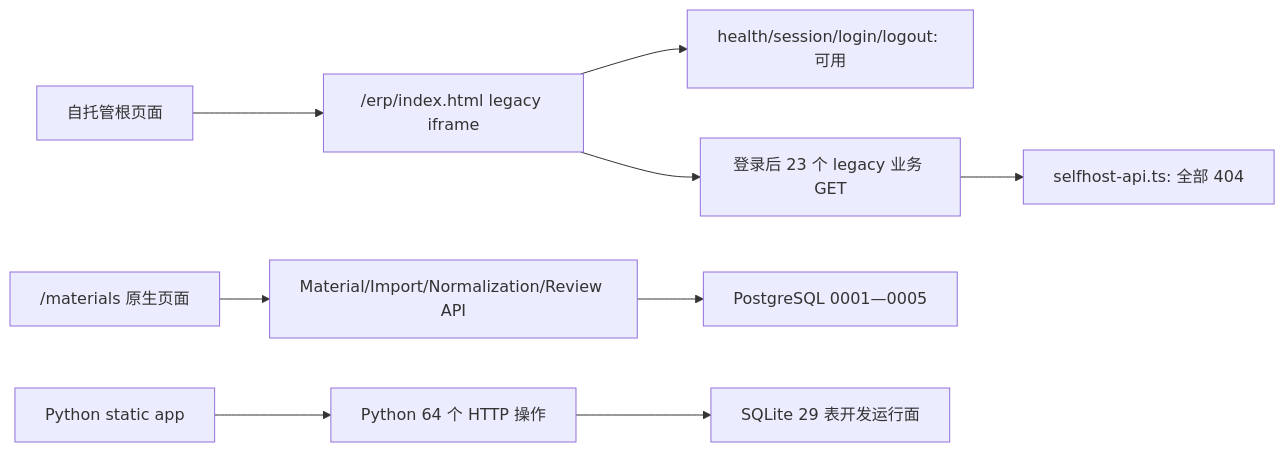
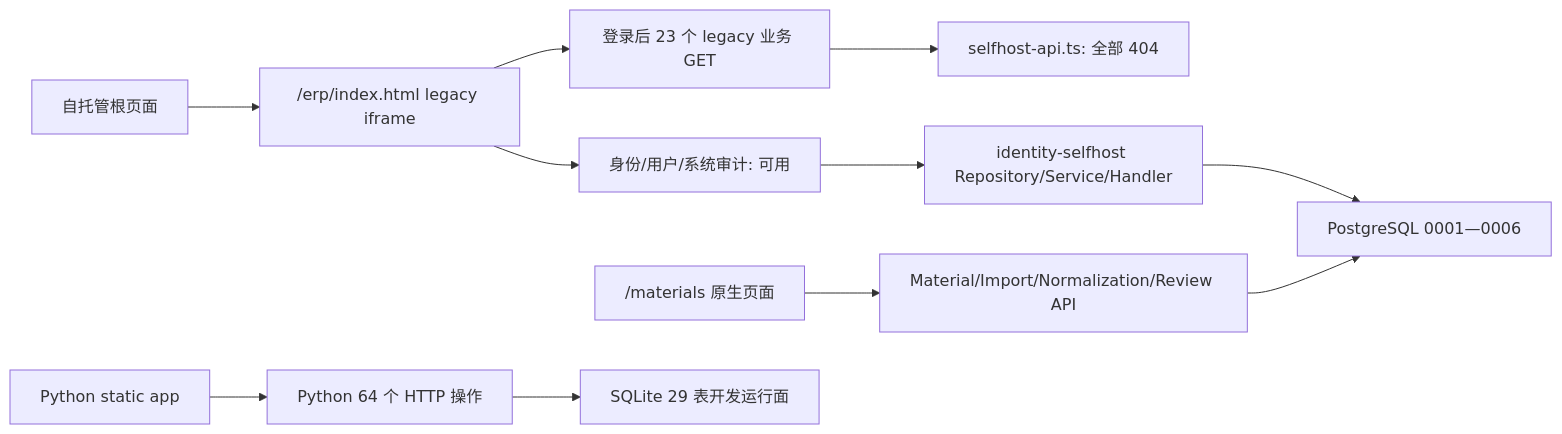
One commit to 3443176848/chenyida changed the first of 7 diagrams in docs/project/ARCHITECTURE.md. Above: the diagram before and after it, drawn with Mermaid. The commit also changed other lines of this file and 36 other files, not shown here.

````diff
--- a/docs/project/ARCHITECTURE.md
+++ b/docs/project/ARCHITECTURE.md
@@ -9,13 +9,15 @@
 ```mermaid
 flowchart LR
     ROOT["自托管根页面"] --> IFRAME["/erp/index.html legacy iframe"]
-    IFRAME --> AUTH["health/session/login/logout: 可用"]
+    IFRAME --> AUTH["身份/用户/系统审计: 可用"]
     IFRAME --> BATCH["登录后 23 个 legacy 业务 GET"]
     BATCH --> NF["selfhost-api.ts: 全部 404"]
 
     NATIVE["/materials 原生页面"] --> MM["Material/Import/Normalization/Review API"]
-    MM --> PG["PostgreSQL 0001—0005"]
+    AUTH --> ID["identity-selfhost Repository/Service/Handler"]
+    ID --> PG["PostgreSQL 0001—0006"]
+    MM --> PG
 
     PYUI["Python static app"] --> PYAPI["Python 64 个 HTTP 操作"]
     PYAPI --> SQLITE["SQLite 29 表开发运行面"]
 ```
````
